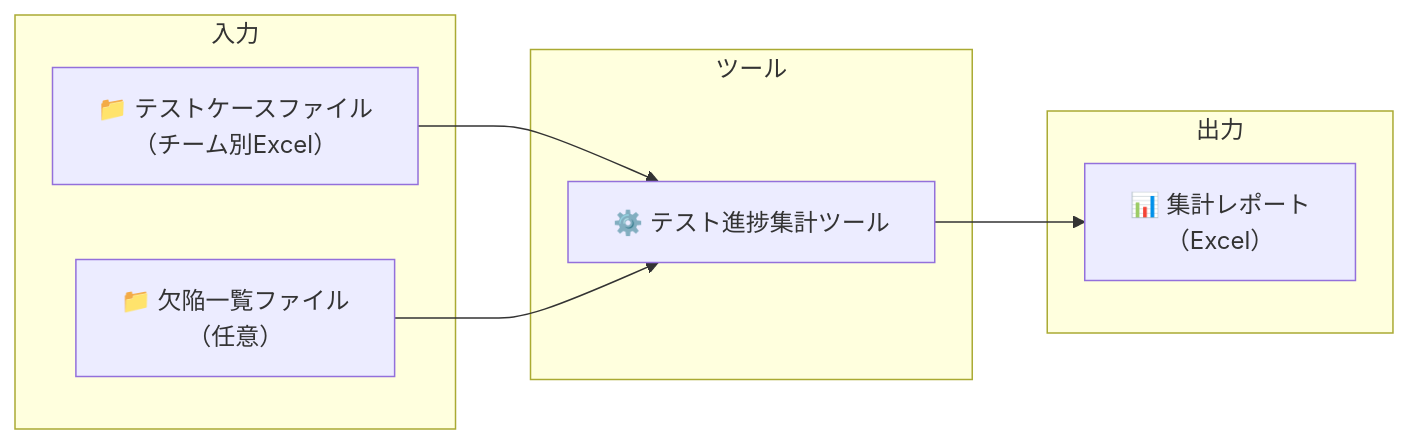
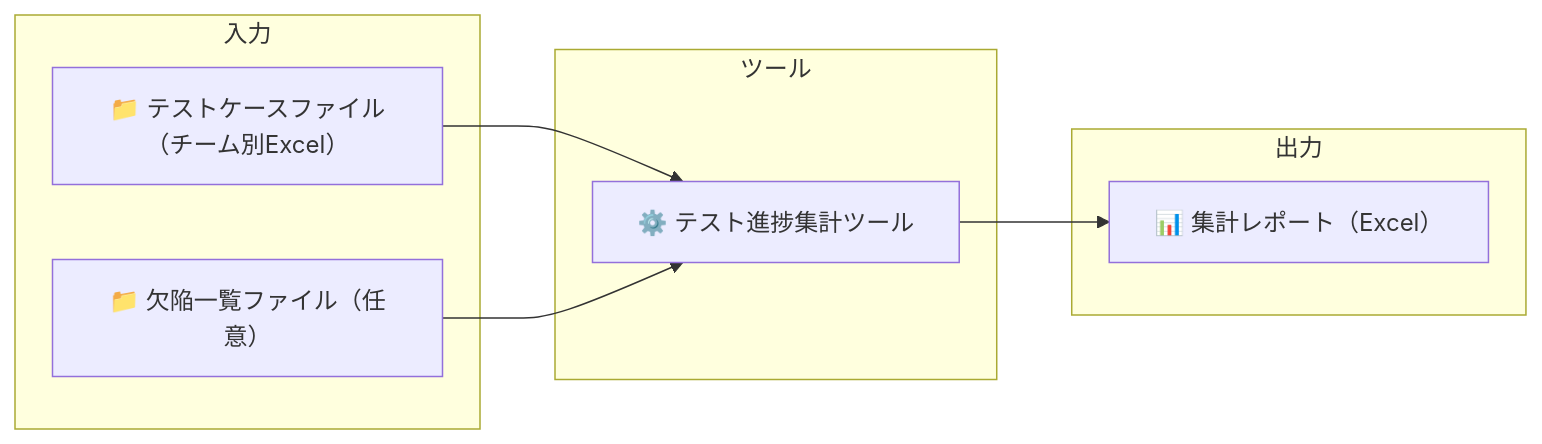
The first of 2 diagrams in docs/機能概要.md (makio-dev/test-progress-collector), drawn with Mermaid before and after one commit. The commit also changed other lines of this file and 2 other files, not shown here.

First line of the commit message:
ドキュメント修正: Mermaid内の \n を除去

````diff
--- a/docs/機能概要.md
+++ b/docs/機能概要.md
@@ -11,16 +11,16 @@
 ```mermaid
 flowchart LR
     subgraph 入力
-        TC["📁 テストケースファイル\n（チーム別Excel）"]
-        DF["📁 欠陥一覧ファイル\n（任意）"]
+        TC["📁 テストケースファイル（チーム別Excel）"]
+        DF["📁 欠陥一覧ファイル（任意）"]
     end
     subgraph ツール
         AGG["⚙️ テスト進捗集計ツール"]
     end
     subgraph 出力
-        REP["📊 集計レポート\n（Excel）"]
+        REP["📊 集計レポート（Excel）"]
     end
     TC --> AGG
     DF --> AGG
     AGG --> REP
 ```
````
